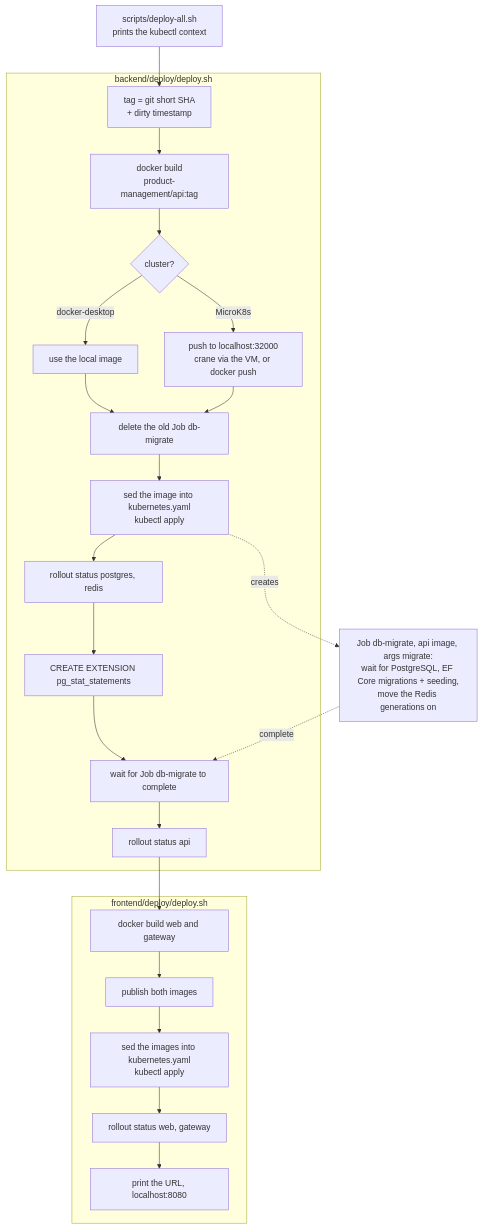
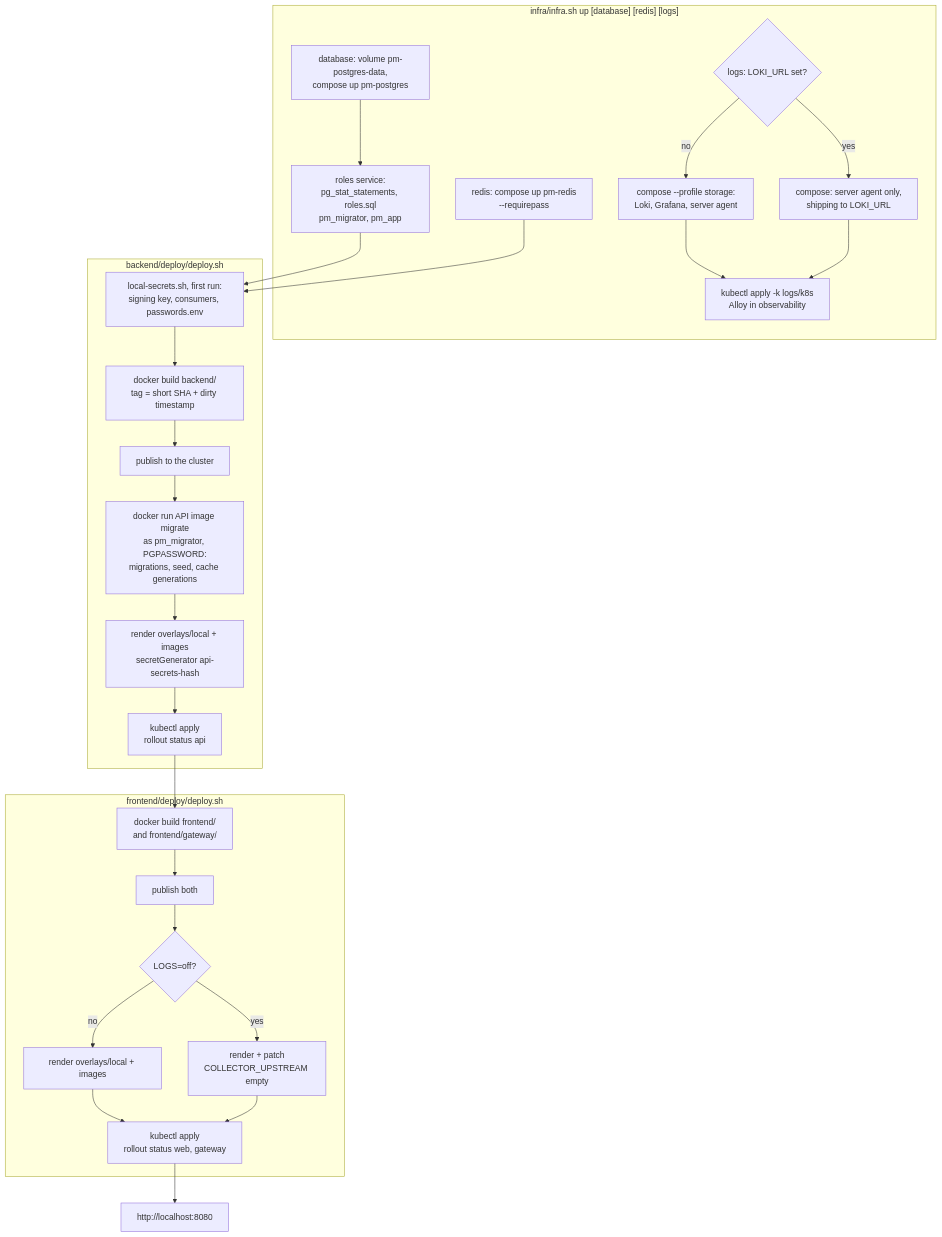
Before and after one commit to RubenCipriano/zeiss-product-management: diagram 13 of 19 in docs/flows.md, drawn with Mermaid. The commit also changed other lines of this file and 50 other files, not shown here.

````diff
--- a/docs/flows.md
+++ b/docs/flows.md
@@ -640,30 +643,31 @@
 ```mermaid
 flowchart TD
-    all["scripts/deploy-all.sh<br/>prints the kubectl context"] --> b1
-
-    subgraph be["backend/deploy/deploy.sh"]
-        b1["tag = git short SHA<br/>+ dirty timestamp"] --> b2["docker build<br/>product-management/api:tag"]
-        b2 --> b3{"cluster?"}
-        b3 -->|"docker-desktop"| b4["use the local image"]
-        b3 -->|"MicroK8s"| b5["push to localhost:32000<br/>crane via the VM, or docker push"]
-        b4 --> b6["delete the old Job db-migrate"]
-        b5 --> b6
-        b6 --> b7["sed the image into kubernetes.yaml<br/>kubectl apply"]
-        b7 --> b8["rollout status postgres, redis"]
-        b8 --> b9["CREATE EXTENSION pg_stat_statements"]
-        b9 --> b10["wait for Job db-migrate to complete"]
-        b10 --> b11["rollout status api"]
+    subgraph infra["infra/infra.sh up [database] [redis] [logs]"]
+        i1["database: volume pm-postgres-data,<br/>compose up pm-postgres"] --> i2["roles service:<br/>pg_stat_statements, roles.sql<br/>pm_migrator, pm_app"]
+        i3["redis: compose up pm-redis<br/>--requirepass"]
+        i4{"logs: LOKI_URL set?"}
+        i4 -->|"no"| i5["compose --profile storage:<br/>Loki, Grafana, server agent"]
+        i4 -->|"yes"| i6["compose: server agent only,<br/>shipping to LOKI_URL"]
+        i5 & i6 --> i7["kubectl apply -k logs/k8s<br/>Alloy in observability"]
     end
 
-    b7 -.->|"creates"| job["Job db-migrate, api image, args migrate:<br/>wait for PostgreSQL, EF Core migrations + seeding,<br/>move the Redis generations on"]
-    job -.->|"complete"| b10
+    subgraph backend["backend/deploy/deploy.sh"]
+        b0["local-secrets.sh, first run:<br/>signing key, consumers, passwords.env"] --> b1["docker build backend/<br/>tag = short SHA + dirty timestamp"]
+        b1 --> b2["publish to the cluster"]
+        b2 --> b3["docker run API image migrate<br/>as pm_migrator, PGPASSWORD:<br/>migrations, seed, cache generations"]
+        b3 --> b4["render overlays/local + images<br/>secretGenerator api-secrets-hash"]
+        b4 --> b5["kubectl apply<br/>rollout status api"]
+    end
 
-    b11 --> f1
+    subgraph frontend["frontend/deploy/deploy.sh"]
+        f1["docker build frontend/<br/>and frontend/gateway/"] --> f2["publish both"]
+        f2 --> f3{"LOGS=off?"}
+        f3 -->|"no"| f4["render overlays/local + images"]
+        f3 -->|"yes"| f5["render + patch<br/>COLLECTOR_UPSTREAM empty"]
+        f4 & f5 --> f6["kubectl apply<br/>rollout status web, gateway"]
+    end
 
-    subgraph fe["frontend/deploy/deploy.sh"]
-        f1["docker build web and gateway"] --> f2["publish both images"]
-        f2 --> f3["sed the images into kubernetes.yaml<br/>kubectl apply"]
-        f3 --> f4["rollout status web, gateway"]
-        f4 --> f5["print the URL, localhost:8080"]
-    end
+    i2 & i3 --> b0
+    b5 --> f1
+    f6 --> done["http://localhost:8080"]
 ```
````
